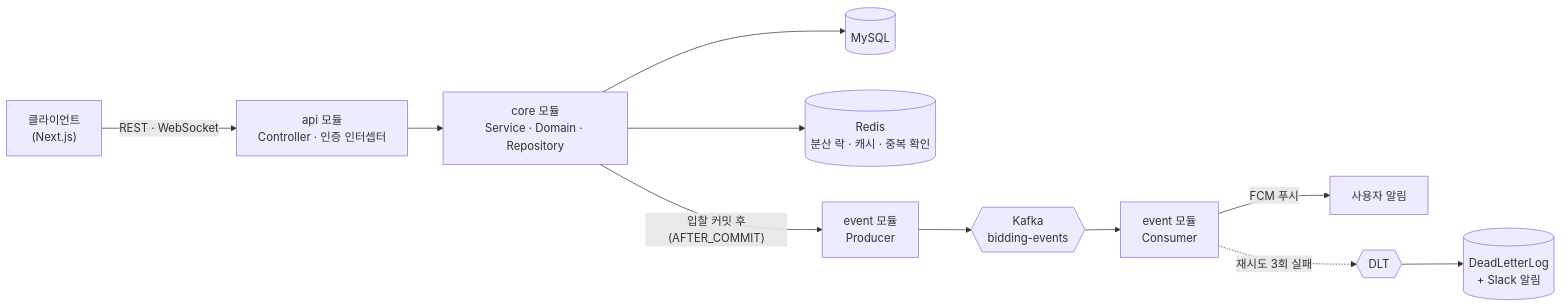
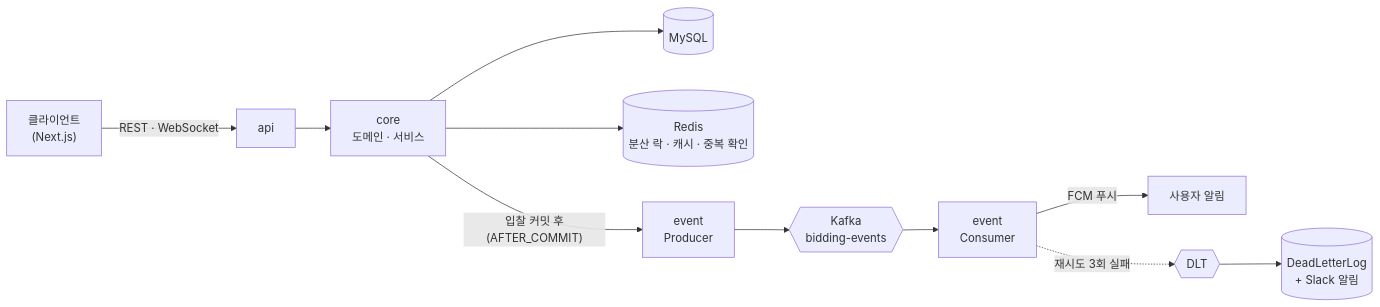
One commit to ParkJuhan94/handsup-backend changed the diagram in README.md. Above: the diagram before and after it, drawn with Mermaid. The commit also changed other lines of this file, not shown here.

````diff
--- a/README.md
+++ b/README.md
@@ -81,13 +31,13 @@
 ```mermaid
 flowchart LR
-    Client["클라이언트<br/>(Next.js)"] -->|REST · WebSocket| API["api 모듈<br/>Controller · 인증 인터셉터"]
-    API --> Core["core 모듈<br/>Service · Domain · Repository"]
-    Core --> MySQL[(MySQL)]
+    Client["클라이언트<br/>(Next.js)"] -->|REST · WebSocket| API["api"]
+    API --> Core["core<br/>도메인 · 서비스"]
+    Core --> MySQL[("MySQL")]
     Core --> Redis[("Redis<br/>분산 락 · 캐시 · 중복 확인")]
-    Core -- "입찰 커밋 후(AFTER_COMMIT)" --> Producer["event 모듈<br/>Producer"]
+    Core -- "입찰 커밋 후(AFTER_COMMIT)" --> Producer["event<br/>Producer"]
     Producer --> Kafka{{"Kafka<br/>bidding-events"}}
-    Kafka --> Consumer["event 모듈<br/>Consumer"]
+    Kafka --> Consumer["event<br/>Consumer"]
     Consumer -->|FCM 푸시| User["사용자 알림"]
     Consumer -. "재시도 3회 실패" .-> DLT{{"DLT"}}
     DLT --> Log[("DeadLetterLog<br/>+ Slack 알림")]
 ```
````
